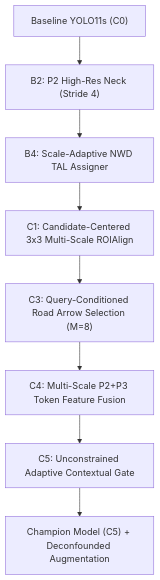
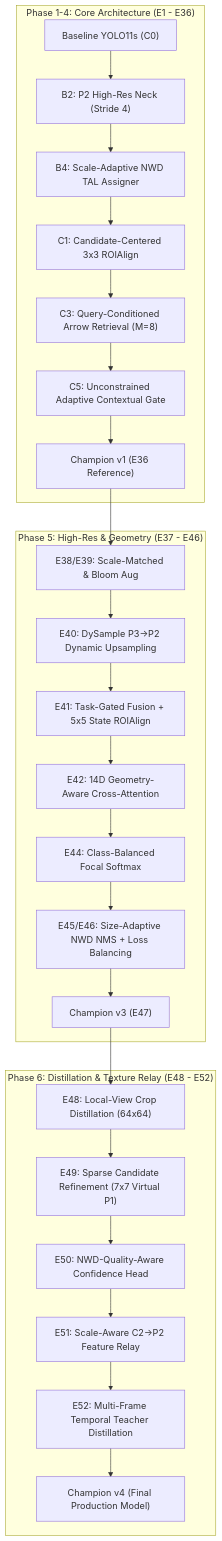
The diagram in docs/LLM_PROJECT_CONTEXT.md (ContrattoAlessandro/Autonomous_Driving), drawn with Mermaid before and after one commit. The commit also changed other lines of this file and 120 other files, not shown here.

````diff
--- a/docs/LLM_PROJECT_CONTEXT.md
+++ b/docs/LLM_PROJECT_CONTEXT.md
@@ -44,10 +49,30 @@
 ```mermaid
 flowchart TD
-    A["Baseline YOLO11s (C0)"] --> B["B2: P2 High-Res Neck (Stride 4)"]
-    B --> C["B4: Scale-Adaptive NWD TAL Assigner"]
-    C --> D["C1: Candidate-Centered 3x3 Multi-Scale ROIAlign"]
-    D --> E["C3: Query-Conditioned Road Arrow Selection (M=8)"]
-    E --> F["C4: Multi-Scale P2+P3 Token Feature Fusion"]
-    F --> G["C5: Unconstrained Adaptive Contextual Gate"]
-    G --> H["Champion Model (C5) + Deconfounded Augmentation"]
+    subgraph Phase1_4["Phase 1-4: Core Architecture (E1 - E36)"]
+        A["Baseline YOLO11s (C0)"] --> B["B2: P2 High-Res Neck (Stride 4)"]
+        B --> C["B4: Scale-Adaptive NWD TAL Assigner"]
+        C --> D["C1: Candidate-Centered 3x3 ROIAlign"]
+        D --> E["C3: Query-Conditioned Arrow Retrieval (M=8)"]
+        E --> F["C5: Unconstrained Adaptive Contextual Gate"]
+        F --> G["Champion v1 (E36 Reference)"]
+    end
+
+    subgraph Phase5["Phase 5: High-Res & Geometry (E37 - E46)"]
+        G --> H["E38/E39: Scale-Matched & Bloom Aug"]
+        H --> I["E40: DySample P3->P2 Dynamic Upsampling"]
+        I --> J["E41: Task-Gated Fusion + 5x5 State ROIAlign"]
+        J --> K["E42: 14D Geometry-Aware Cross-Attention"]
+        K --> L["E44: Class-Balanced Focal Softmax"]
+        L --> M["E45/E46: Size-Adaptive NWD NMS + Loss Balancing"]
+        M --> N["Champion v3 (E47)"]
+    end
+
+    subgraph Phase6["Phase 6: Distillation & Texture Relay (E48 - E52)"]
+        N --> O["E48: Local-View Crop Distillation (64x64)"]
+        O --> P["E49: Sparse Candidate Refinement (7x7 Virtual P1)"]
+        P --> Q["E50: NWD-Quality-Aware Confidence Head"]
+        Q --> R["E51: Scale-Aware C2->P2 Feature Relay"]
+        R --> S["E52: Multi-Frame Temporal Teacher Distillation"]
+        S --> T["Champion v4 (Final Production Model)"]
+    end
 ```
````
